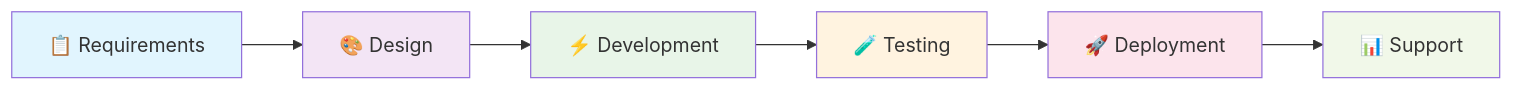
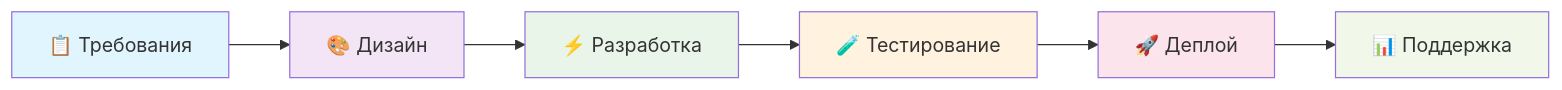
One commit to ShaerWare/shaerware.github.io changed the diagram in README.md. Above: the diagram before and after it, drawn with Mermaid. The commit also changed other lines of this file, not shown here.

````diff
--- a/README.md
+++ b/README.md
@@ -54,15 +90,15 @@
 ```mermaid
 graph LR
-    A[📋 Requirements] --> B[🎨 Design]
-    B --> C[⚡ Development]
-    C --> D[🧪 Testing]
-    D --> E[🚀 Deployment]
-    E --> F[📊 Support]
+    A[📋 Требования] --> B[🎨 Дизайн]
+    B --> C[⚡ Разработка]
+    C --> D[🧪 Тестирование]
+    D --> E[🚀 Деплой]
+    E --> F[📊 Поддержка]
     
     style A fill:#e1f5fe
     style B fill:#f3e5f5
     style C fill:#e8f5e8
     style D fill:#fff3e0
     style E fill:#fce4ec
     style F fill:#f1f8e9
 ```
````
